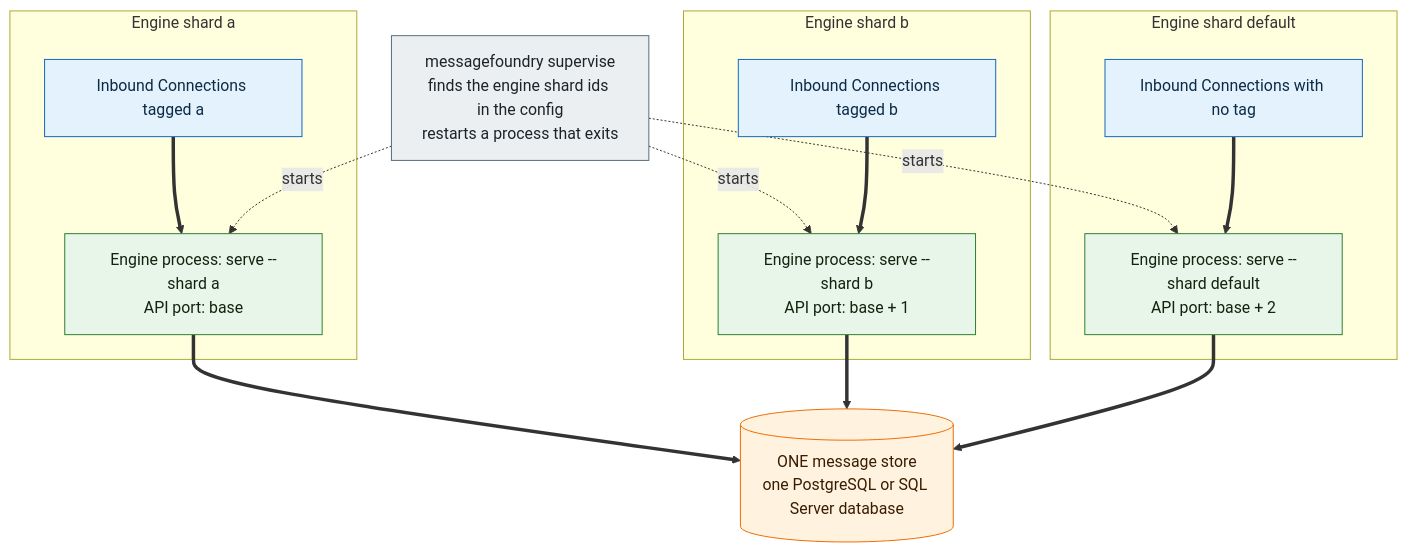
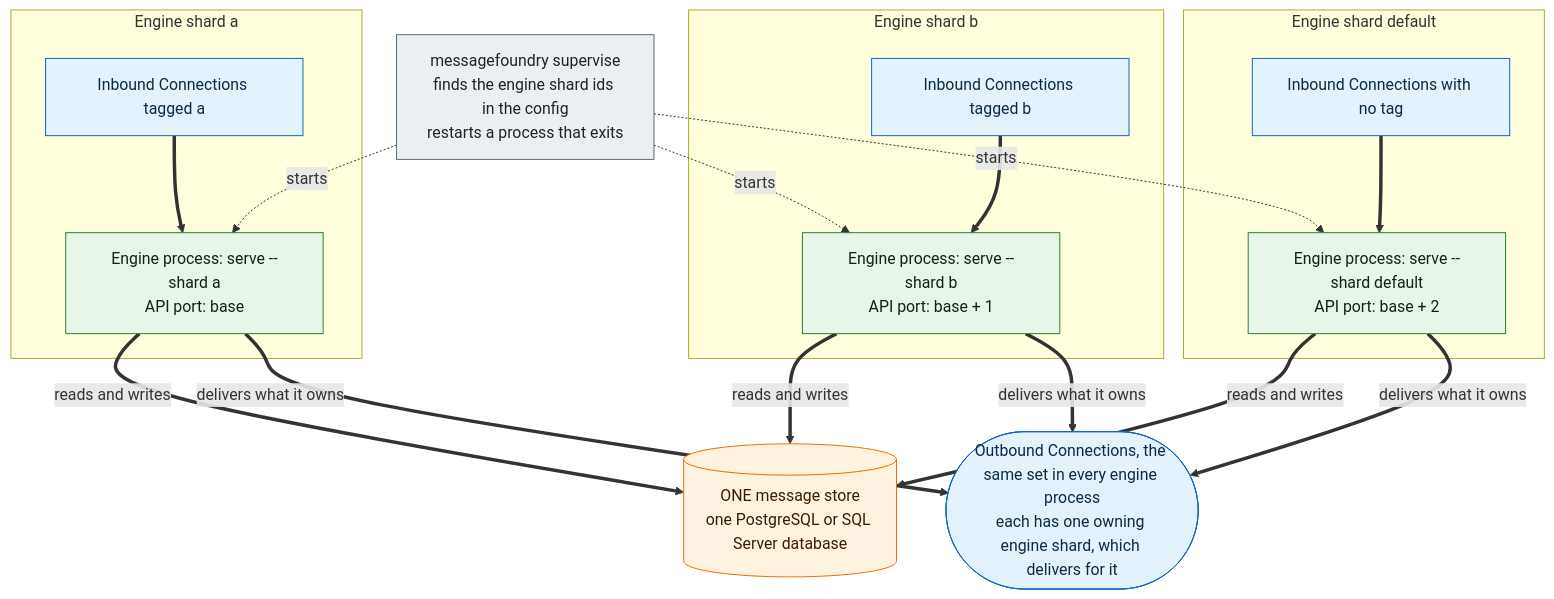
The diagram in docs/MENTAL-MODEL.md (MEFORORG/MessageFoundry), drawn with Mermaid before and after one commit. The commit also changed other lines of this file and 2 other files, not shown here.

First line of the commit message:
docs: apply code-review round 1 to the HA and engine shard diagrams

````diff
--- a/docs/MENTAL-MODEL.md
+++ b/docs/MENTAL-MODEL.md
@@ -476,36 +476,40 @@
 ```mermaid
 flowchart TB
   classDef io fill:#e3f2fd,stroke:#1565c0,color:#0d2b45;
-  classDef ext fill:#eceff1,stroke:#546e7a,color:#1c2429;
+  classDef deploy fill:#eceff1,stroke:#546e7a,color:#1c2429;
   classDef core fill:#e8f5e9,stroke:#2e7d32,color:#10240f;
   classDef store fill:#fff3e0,stroke:#ef6c00,color:#3a1d00;
 
-  SUPERVISE["messagefoundry supervise<br/>finds the engine shard ids in the config<br/>restarts a process that exits"]:::ext
+  SUPERVISE["messagefoundry supervise<br/>finds the engine shard ids in the config<br/>restarts a process that exits"]:::deploy
 
   subgraph ES_A["Engine shard a"]
     IN_A["Inbound Connections tagged a"]:::io
     PROC_A["Engine process: serve --shard a<br/>API port: base"]:::core
   end
 
   subgraph ES_B["Engine shard b"]
     IN_B["Inbound Connections tagged b"]:::io
     PROC_B["Engine process: serve --shard b<br/>API port: base + 1"]:::core
   end
 
   subgraph ES_DEFAULT["Engine shard default"]
     IN_DEFAULT["Inbound Connections with no tag"]:::io
     PROC_DEFAULT["Engine process: serve --shard default<br/>API port: base + 2"]:::core
   end
 
   UNIFIED_STORE[("ONE message store<br/>one PostgreSQL or SQL Server database")]:::store
+  OUTBOUND(["Outbound Connections, the same set in every engine process<br/>each has one owning engine shard, which delivers for it"]):::io
 
   SUPERVISE -.->|"starts"| PROC_A
   SUPERVISE -.->|"starts"| PROC_B
   SUPERVISE -.->|"starts"| PROC_DEFAULT
   IN_A ==> PROC_A
   IN_B ==> PROC_B
   IN_DEFAULT ==> PROC_DEFAULT
-  PROC_A ==> UNIFIED_STORE
-  PROC_B ==> UNIFIED_STORE
-  PROC_DEFAULT ==> UNIFIED_STORE
+  PROC_A ==>|"reads and writes"| UNIFIED_STORE
+  PROC_B ==>|"reads and writes"| UNIFIED_STORE
+  PROC_DEFAULT ==>|"reads and writes"| UNIFIED_STORE
+  PROC_A ==>|"delivers what it owns"| OUTBOUND
+  PROC_B ==>|"delivers what it owns"| OUTBOUND
+  PROC_DEFAULT ==>|"delivers what it owns"| OUTBOUND
 ```
````
